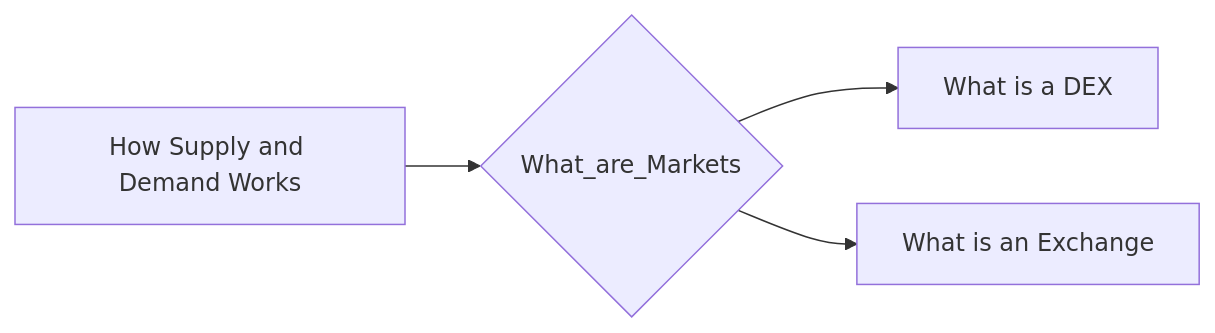
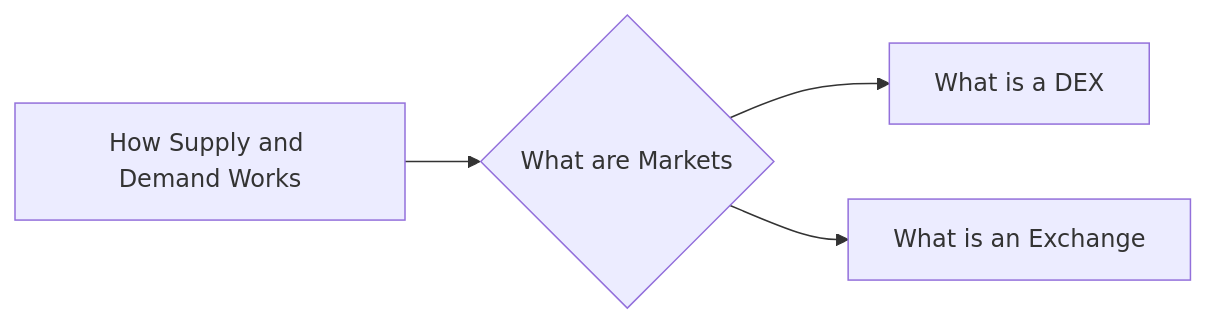
Before and after one commit to lpurdy01/crypto-knowledge-map: the diagram in notes/What_are_Markets.md, drawn with Mermaid. The commit also changed 58 other files, not shown here.

````diff
--- a/notes/What_are_Markets.md
+++ b/notes/What_are_Markets.md
@@ -8,6 +8,6 @@
 ```mermaid
 graph LR
-1["How Supply and Demand Works"]-->0{"What_are_Markets"}
-0{"What_are_Markets"}-->2["What is a DEX"]
-0{"What_are_Markets"}-->3["What is an Exchange"]
+1["How Supply and Demand Works"]-->0{"What are Markets"}
+0{"What are Markets"}-->2["What is a DEX"]
+0{"What are Markets"}-->3["What is an Exchange"]
 ```
````
